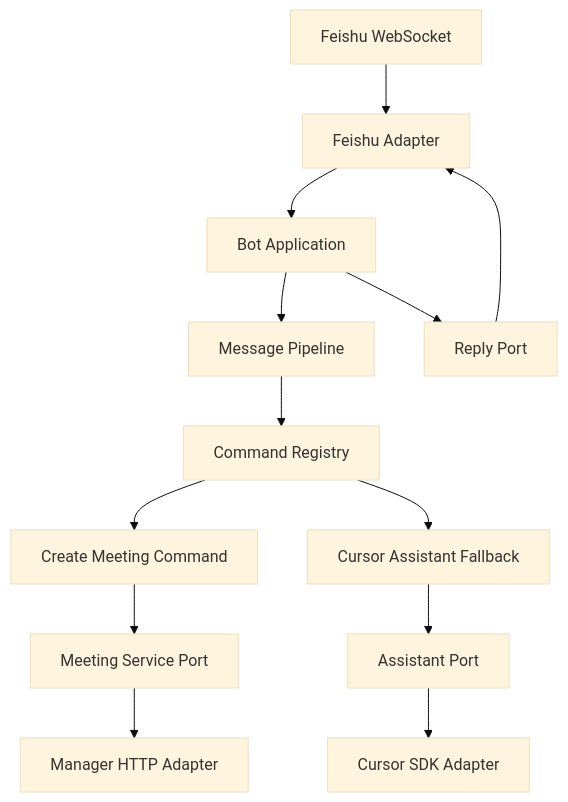
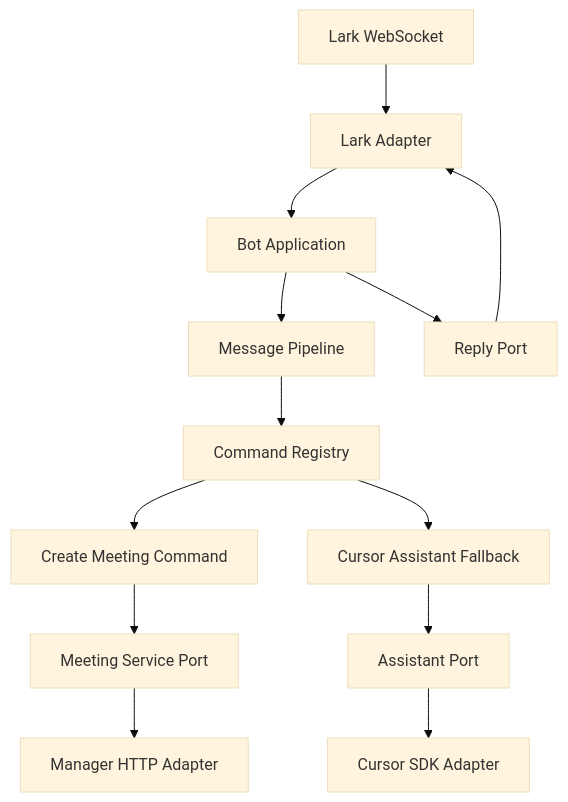
One commit to zreal-leo/feishu-cli changed the diagram in .cursor/plans/bot-architecture_63ce90e6.plan.md. Above: the diagram before and after it, drawn with Mermaid (base theme). The commit also changed other lines of this file and 17 other files, not shown here.

````diff
--- a/.cursor/plans/bot-architecture_63ce90e6.plan.md
+++ b/.cursor/plans/bot-architecture_63ce90e6.plan.md
@@ -47,15 +47,15 @@
 ```mermaid
 flowchart TD
-    FeishuWS["Feishu WebSocket"] --> FeishuAdapter["Feishu Adapter"]
-    FeishuAdapter --> BotApp["Bot Application"]
+    LarkWS["Lark WebSocket"] --> LarkAdapter["Lark Adapter"]
+    LarkAdapter --> BotApp["Bot Application"]
     BotApp --> MessagePipeline["Message Pipeline"]
     MessagePipeline --> CommandRegistry["Command Registry"]
     CommandRegistry --> CreateMeetingCommand["Create Meeting Command"]
     CommandRegistry --> CursorAssistantCommand["Cursor Assistant Fallback"]
     CreateMeetingCommand --> MeetingPort["Meeting Service Port"]
     CursorAssistantCommand --> AssistantPort["Assistant Port"]
     MeetingPort --> ManagerAdapter["Manager HTTP Adapter"]
     AssistantPort --> CursorAdapter["Cursor SDK Adapter"]
     BotApp --> ReplyPort["Reply Port"]
-    ReplyPort --> FeishuAdapter
+    ReplyPort --> LarkAdapter
 ```
````
